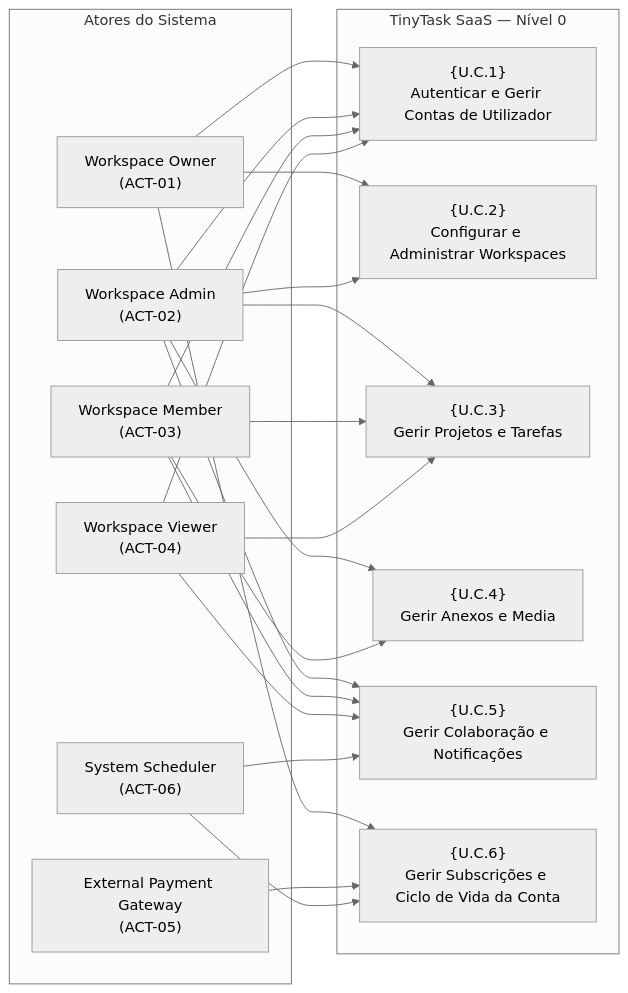
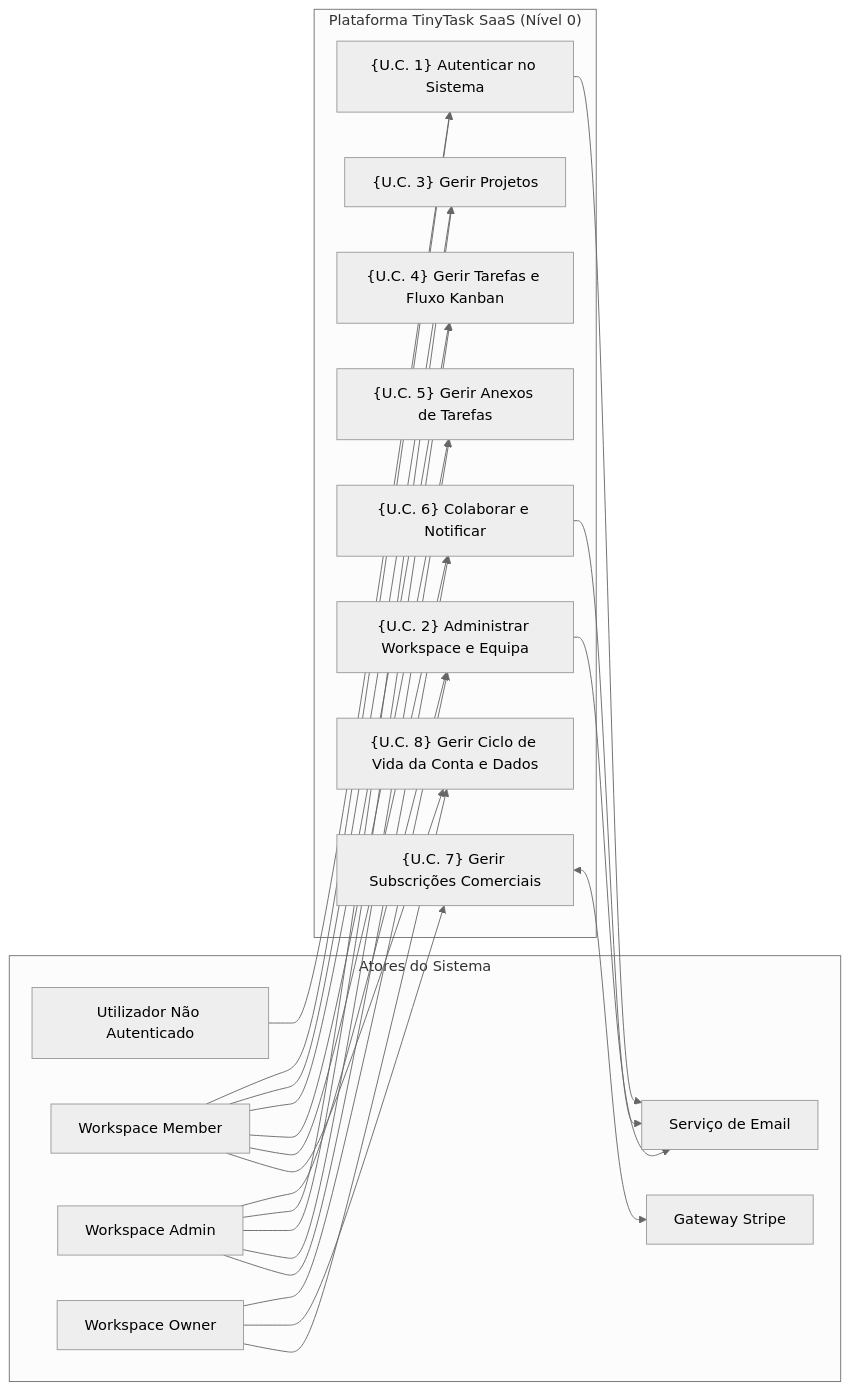
One commit to pauloribeiro16/aegis-mvp changed the diagram in cases/Case_01_TinyTask_SaaS/03_PHASE3_SPEC/Doc01_Requirements_Elicitation_and_PUC.md. Above: the diagram before and after it, drawn with Mermaid (neutral theme). The commit also changed other lines of this file and 2 other files, not shown here.

````diff
--- a/cases/Case_01_TinyTask_SaaS/03_PHASE3_SPEC/Doc01_Requirements_Elicitation_and_PUC.md
+++ b/cases/Case_01_TinyTask_SaaS/03_PHASE3_SPEC/Doc01_Requirements_Elicitation_and_PUC.md
@@ -736,43 +878,45 @@
 ```mermaid
 flowchart LR
-    subgraph Atores ["Atores do Sistema"]
-        Owner["Workspace Owner<br>(ACT-01)"]
-        Admin["Workspace Admin<br>(ACT-02)"]
-        Member["Workspace Member<br>(ACT-03)"]
-        Viewer["Workspace Viewer<br>(ACT-04)"]
-        Stripe["External Payment Gateway<br>(ACT-05)"]
-        Scheduler["System Scheduler<br>(ACT-06)"]
+    subgraph Atores["Atores do Sistema"]
+        U_Anon["Utilizador Não Autenticado"]
+        U_Membro["Workspace Member"]
+        U_Admin["Workspace Admin"]
+        U_Owner["Workspace Owner"]
+        S_Stripe["Gateway Stripe"]
+        S_Email["Serviço de Email"]
     end
 
-    subgraph TinyTask_System ["TinyTask SaaS — Nível 0"]
-        UC1["{U.C.1}<br>Autenticar e Gerir Contas de Utilizador"]
-        UC2["{U.C.2}<br>Configurar e Administrar Workspaces"]
-        UC3["{U.C.3}<br>Gerir Projetos e Tarefas"]
-        UC4["{U.C.4}<br>Gerir Anexos e Media"]
-        UC5["{U.C.5}<br>Gerir Colaboração e Notificações"]
-        UC6["{U.C.6}<br>Gerir Subscrições e Ciclo de Vida da Conta"]
+    subgraph Sistema["Plataforma TinyTask SaaS (Nível 0)"]
+        UC1["{U.C. 1} Autenticar no Sistema"]
+        UC2["{U.C. 2} Administrar Workspace e Equipa"]
+        UC3["{U.C. 3} Gerir Projetos"]
+        UC4["{U.C. 4} Gerir Tarefas e Fluxo Kanban"]
+        UC5["{U.C. 5} Gerir Anexos de Tarefas"]
+        UC6["{U.C. 6} Colaborar e Notificar"]
+        UC7["{U.C. 7} Gerir Subscrições Comerciais"]
+        UC8["{U.C. 8} Gerir Ciclo de Vida da Conta e Dados"]
     end
 
-    Owner --> UC1
-    Owner --> UC2
-    Owner --> UC6
+    U_Anon --> UC1
+    U_Membro --> UC1
+    U_Membro --> UC3
+    U_Membro --> UC4
+    U_Membro --> UC5
+    U_Membro --> UC6
+    U_Membro --> UC8
 
-    Admin --> UC1
-    Admin --> UC2
-    Admin --> UC3
-    Admin --> UC4
-    Admin --> UC5
+    U_Admin --> UC2
+    U_Admin --> UC3
+    U_Admin --> UC4
+    U_Admin --> UC5
+    U_Admin --> UC6
 
-    Member --> UC1
-    Member --> UC3
-    Member --> UC4
-    Member --> UC5
+    U_Owner --> UC2
+    U_Owner --> UC7
+    U_Owner --> UC8
 
-    Viewer --> UC1
-    Viewer --> UC3
-    Viewer --> UC5
-
-    Stripe --> UC6
-    Scheduler --> UC5
-    Scheduler --> UC6
+    UC1 --> S_Email
+    UC2 --> S_Email
+    UC6 --> S_Email
+    UC7 <--> S_Stripe
 ```
````
